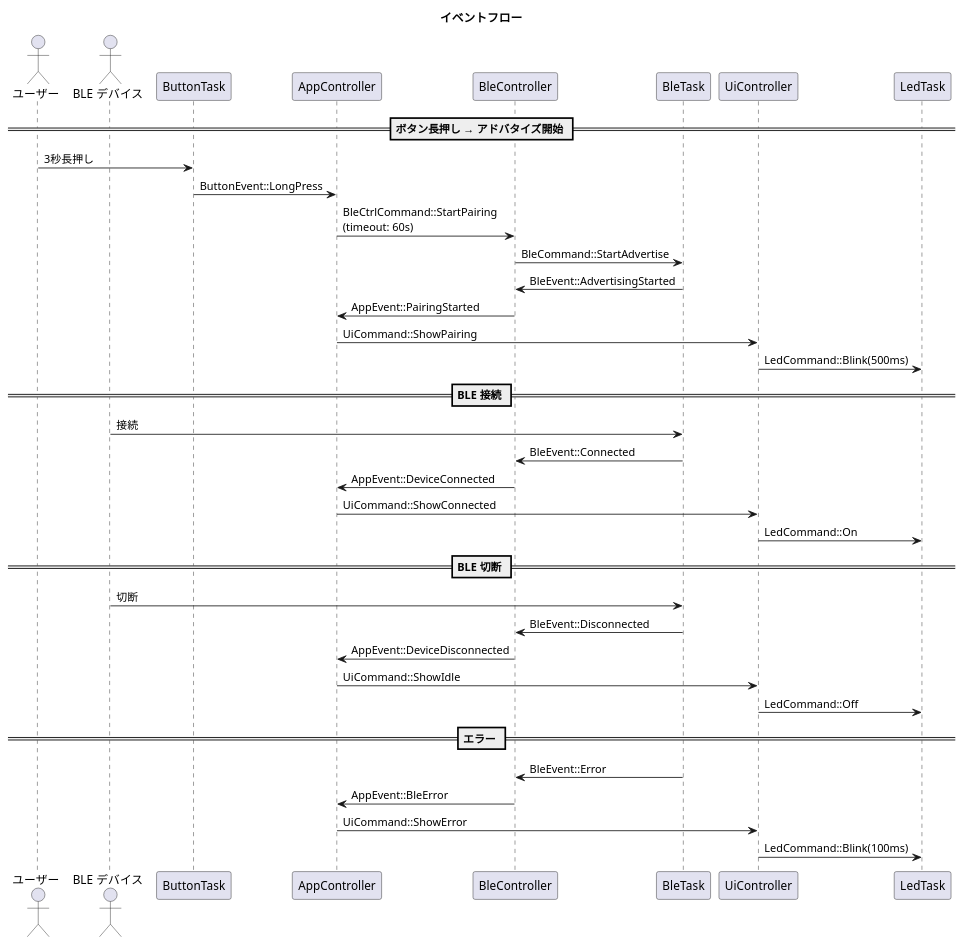
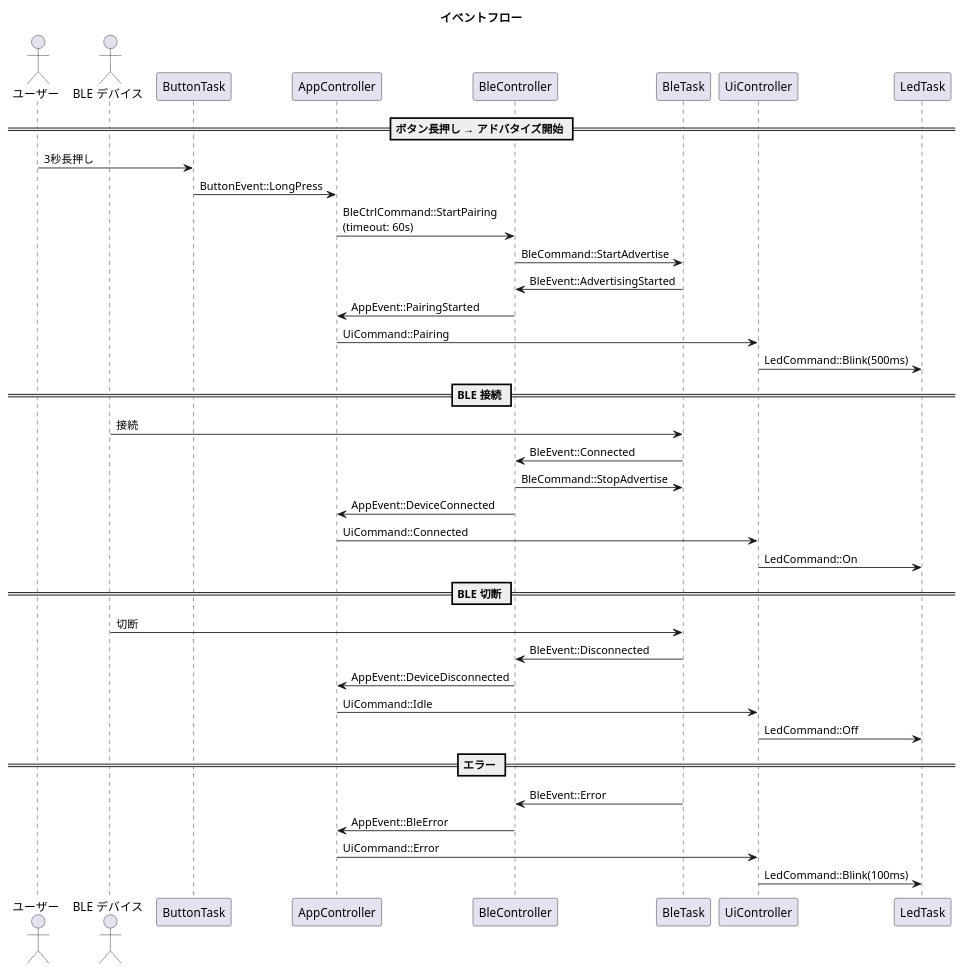
The second of 2 diagrams in README.md (rian-hotate/esp32-devkit-v1), drawn with PlantUML before and after one commit. The commit also changed other lines of this file, not shown here.

````diff
--- a/README.md
+++ b/README.md
@@ -69,45 +69,46 @@
 ```plantuml
 @startuml
 title イベントフロー
 
 actor "ユーザー" as User
 actor "BLE デバイス" as BLEDevice
 participant "ButtonTask" as BT
 participant "AppController" as AC
 participant "BleController" as BC
 participant "BleTask" as BLE
 participant "UiController" as UC
 participant "LedTask" as LED
 
 == ボタン長押し → アドバタイズ開始 ==
 User -> BT : 3秒長押し
 BT -> AC : ButtonEvent::LongPress
 AC -> BC : BleCtrlCommand::StartPairing\n(timeout: 60s)
 BC -> BLE : BleCommand::StartAdvertise
 BLE -> BC : BleEvent::AdvertisingStarted
 BC -> AC : AppEvent::PairingStarted
-AC -> UC : UiCommand::ShowPairing
+AC -> UC : UiCommand::Pairing
 UC -> LED : LedCommand::Blink(500ms)
 
 == BLE 接続 ==
 BLEDevice -> BLE : 接続
 BLE -> BC : BleEvent::Connected
+BC -> BLE : BleCommand::StopAdvertise
 BC -> AC : AppEvent::DeviceConnected
-AC -> UC : UiCommand::ShowConnected
+AC -> UC : UiCommand::Connected
 UC -> LED : LedCommand::On
 
 == BLE 切断 ==
 BLEDevice -> BLE : 切断
 BLE -> BC : BleEvent::Disconnected
 BC -> AC : AppEvent::DeviceDisconnected
-AC -> UC : UiCommand::ShowIdle
+AC -> UC : UiCommand::Idle
 UC -> LED : LedCommand::Off
 
 == エラー ==
 BLE -> BC : BleEvent::Error
 BC -> AC : AppEvent::BleError
-AC -> UC : UiCommand::ShowError
+AC -> UC : UiCommand::Error
 UC -> LED : LedCommand::Blink(100ms)
 
 @enduml
 ```
````
